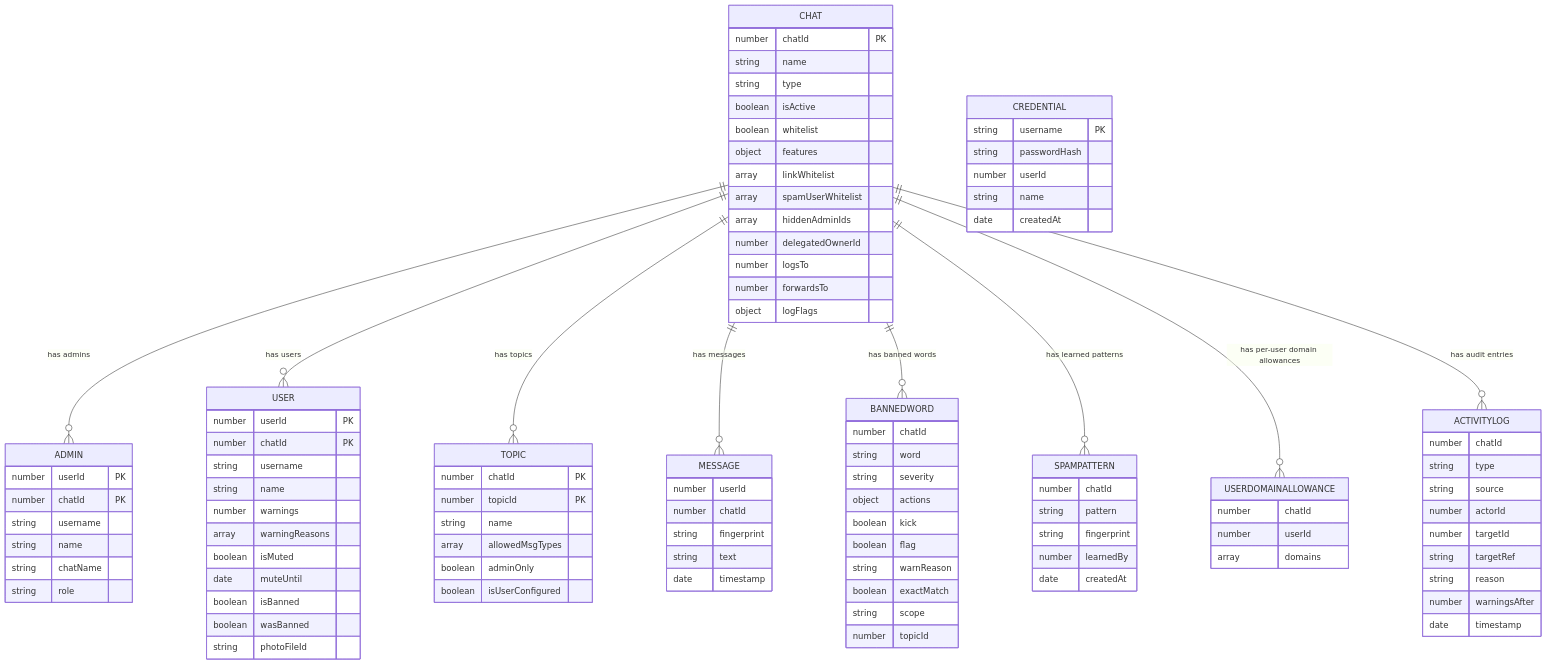
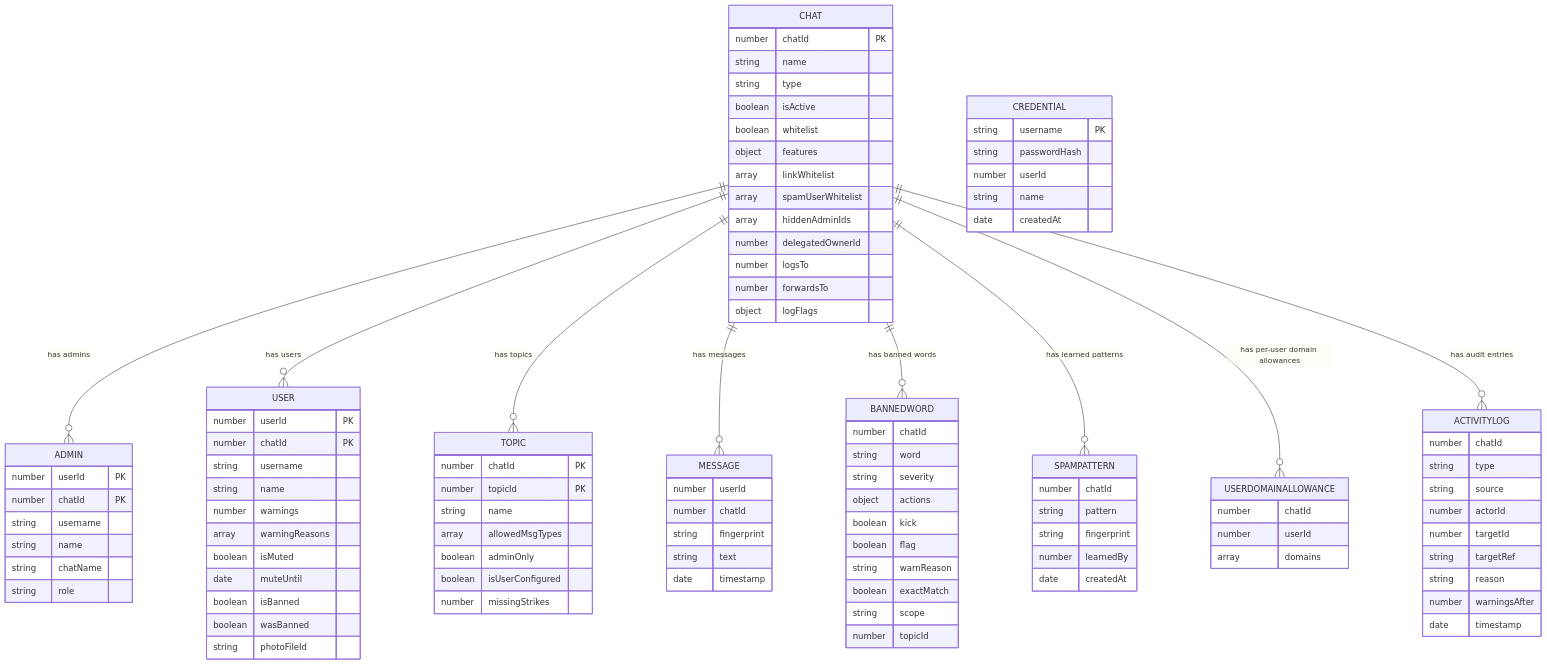
Before and after one commit to Yuki44/YukiBot-Telegram-Admin: the eighth of 10 diagrams in docs/architecture.md, drawn with Mermaid. The commit also changed 23 other files, not shown here.

```diff
--- a/docs/architecture.md
+++ b/docs/architecture.md
@@ -278,6 +278,7 @@
     array allowedMsgTypes
     boolean adminOnly
     boolean isUserConfigured
+    number missingStrikes
   }
 
   MESSAGE {
```
